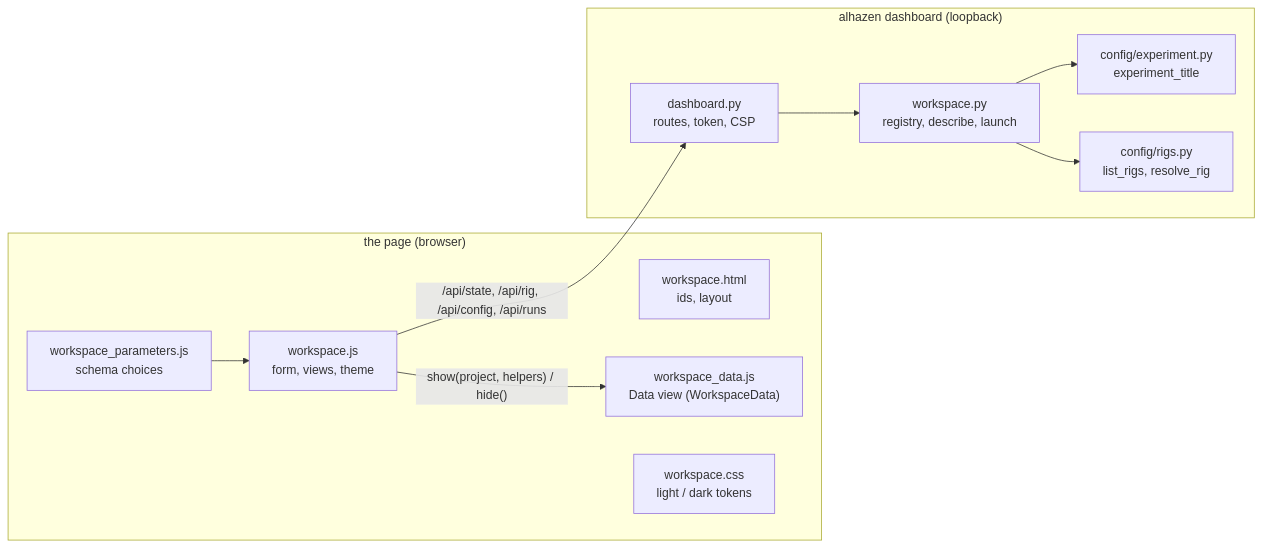
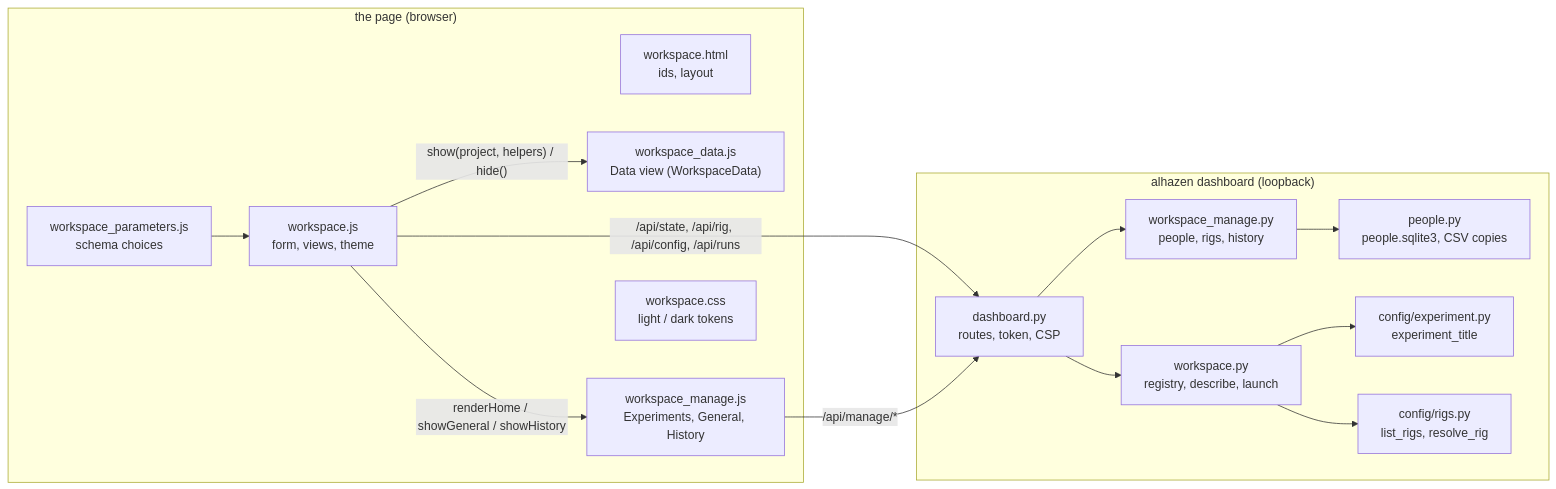
Before and after one commit to sh4r11f/alhazen: the first of 4 diagrams in docs/workspace.md, drawn with Mermaid. The commit also changed other lines of this file and 47 other files, not shown here.

````diff
--- a/docs/workspace.md
+++ b/docs/workspace.md
@@ -36,22 +114,29 @@
 ```mermaid
 flowchart LR
     subgraph browser["the page (browser)"]
         HTML["workspace.html<br/>ids, layout"]
         JS["workspace.js<br/>form, views, theme"]
         PJS["workspace_parameters.js<br/>schema choices"]
         DJS["workspace_data.js<br/>Data view (WorkspaceData)"]
+        MJS["workspace_manage.js<br/>Experiments, General, History"]
         CSS["workspace.css<br/>light / dark tokens"]
     end
     subgraph server["alhazen dashboard (loopback)"]
         DASH["dashboard.py<br/>routes, token, CSP"]
         WS["workspace.py<br/>registry, describe, launch"]
+        MAN["workspace_manage.py<br/>people, rigs, history"]
+        PEO["people.py<br/>people.sqlite3, CSV copies"]
         EXP["config/experiment.py<br/>experiment_title"]
         RIGS["config/rigs.py<br/>list_rigs, resolve_rig"]
     end
     JS -- "/api/state, /api/rig, /api/config, /api/runs" --> DASH
     JS -- "show(project, helpers) / hide()" --> DJS
+    JS -- "renderHome / showGeneral / showHistory" --> MJS
+    MJS -- "/api/manage/*" --> DASH
+    DASH --> MAN
+    MAN --> PEO
     PJS --> JS
     DASH --> WS
     WS --> EXP
     WS --> RIGS
 ```
````
